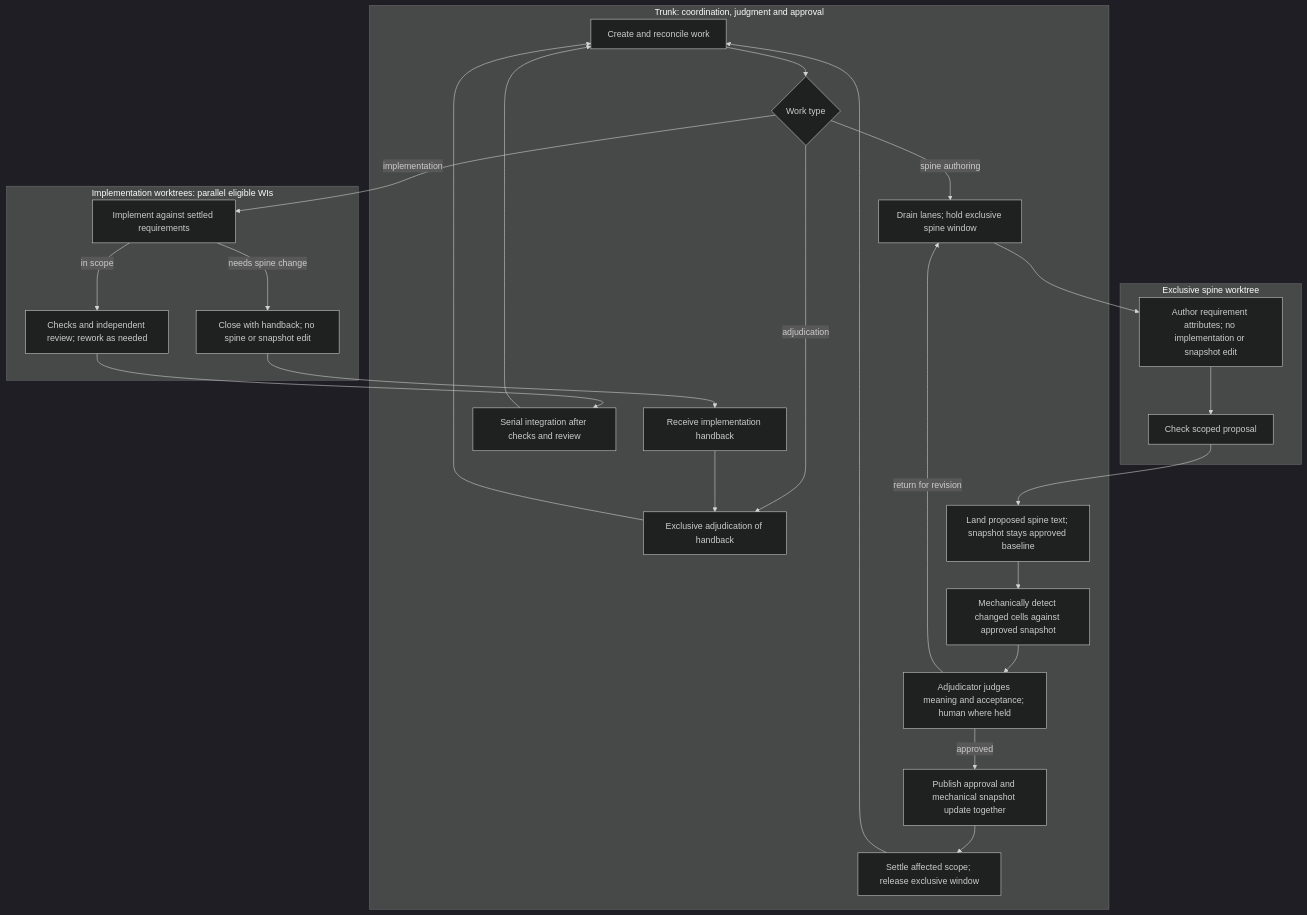
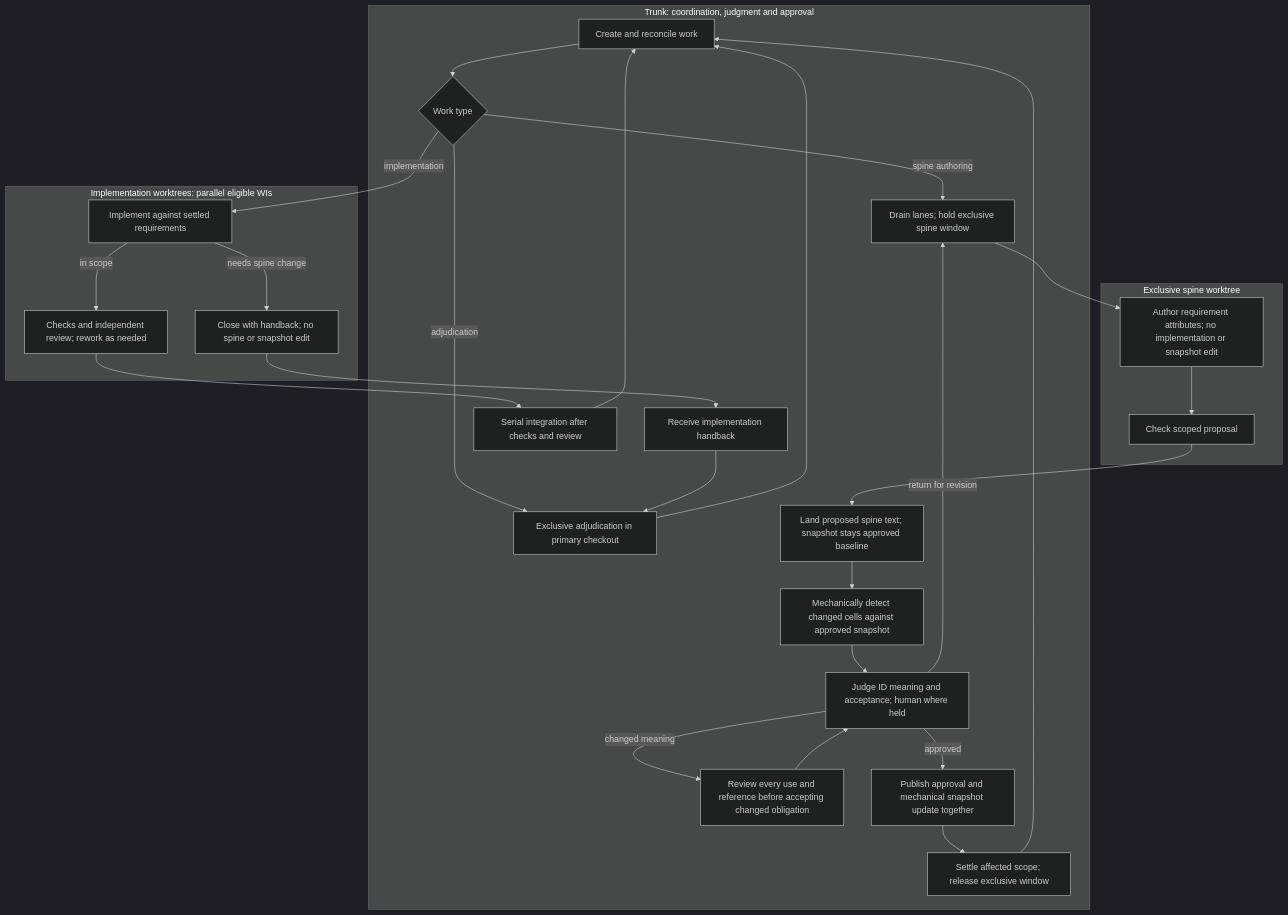
Before and after one commit to diytechy/ai-template: the diagram in docs/ai-template-redesign-2026-09-05-codex/README.md, drawn with Mermaid (dark theme). The commit also changed other lines of this file and 3 other files, not shown here.

Commit message:
docs: Define primary-branch adjudication and stable ID meaning

````diff
--- a/docs/ai-template-redesign-2026-09-05-codex/README.md
+++ b/docs/ai-template-redesign-2026-09-05-codex/README.md
@@ -163,32 +167,34 @@
 ```mermaid
 flowchart TD
     subgraph Trunk[Trunk: coordination, judgment and approval]
         I[Create and reconcile work] --> K{Work type}
         K -->|spine authoring| E[Drain lanes; hold exclusive spine window]
         K -->|adjudication| J
-        H[Receive implementation handback] --> J[Exclusive adjudication of handback]
+        H[Receive implementation handback] --> J[Exclusive adjudication in primary checkout]
         J --> I
         M[Serial integration after checks and review] --> I
         L[Land proposed spine text; snapshot stays approved baseline]
         L --> D[Mechanically detect changed cells against approved snapshot]
-        D --> A[Adjudicator judges meaning and acceptance; human where held]
+        D --> A[Judge ID meaning and acceptance; human where held]
+        A -->|changed meaning| X[Review every use and reference before accepting changed obligation]
+        X --> A
         A -->|return for revision| E
         A -->|approved| S[Publish approval and mechanical snapshot update together]
         S --> U[Settle affected scope; release exclusive window]
         U --> I
     end
     subgraph Ordinary[Implementation worktrees: parallel eligible WIs]
         B[Implement against settled requirements]
         B -->|in scope| R[Checks and independent review; rework as needed]
         B -->|needs spine change| HB[Close with handback; no spine or snapshot edit]
     end
     subgraph Spine[Exclusive spine worktree]
         P[Author requirement attributes; no implementation or snapshot edit]
         P --> C[Check scoped proposal]
     end
     K -->|implementation| B
     R --> M
     HB --> H
     E --> P
     C --> L
 ```
````
